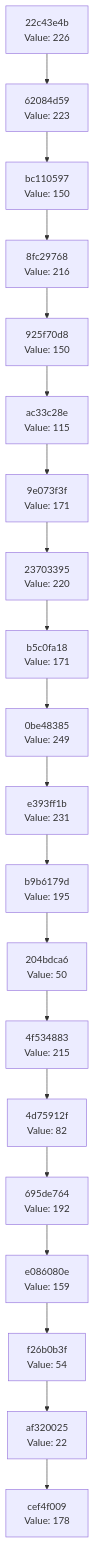
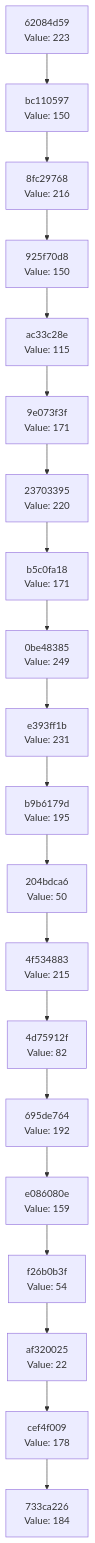
Before and after one commit to Abhisheksinha1506/hash-chain-evolver: the diagram in docs/CHAIN_VISUALIZATION.md, drawn with Mermaid. The commit also changed 2 other files, not shown here.

Commit message:
Evolution Step

````diff
--- a/docs/CHAIN_VISUALIZATION.md
+++ b/docs/CHAIN_VISUALIZATION.md
@@ -3,42 +3,42 @@
 ```mermaid
 graph TD
-    C0["cef4f009<br/>Value: 178"]
-    C1["af320025<br/>Value: 22"]
+    C0["733ca226<br/>Value: 184"]
+    C1["cef4f009<br/>Value: 178"]
     C1 --> C0
-    C2["f26b0b3f<br/>Value: 54"]
+    C2["af320025<br/>Value: 22"]
     C2 --> C1
-    C3["e086080e<br/>Value: 159"]
+    C3["f26b0b3f<br/>Value: 54"]
     C3 --> C2
-    C4["695de764<br/>Value: 192"]
+    C4["e086080e<br/>Value: 159"]
     C4 --> C3
-    C5["4d75912f<br/>Value: 82"]
+    C5["695de764<br/>Value: 192"]
     C5 --> C4
-    C6["4f534883<br/>Value: 215"]
+    C6["4d75912f<br/>Value: 82"]
     C6 --> C5
-    C7["204bdca6<br/>Value: 50"]
+    C7["4f534883<br/>Value: 215"]
     C7 --> C6
-    C8["b9b6179d<br/>Value: 195"]
+    C8["204bdca6<br/>Value: 50"]
     C8 --> C7
-    C9["e393ff1b<br/>Value: 231"]
+    C9["b9b6179d<br/>Value: 195"]
     C9 --> C8
-    C10["0be48385<br/>Value: 249"]
+    C10["e393ff1b<br/>Value: 231"]
     C10 --> C9
-    C11["b5c0fa18<br/>Value: 171"]
+    C11["0be48385<br/>Value: 249"]
     C11 --> C10
-    C12["23703395<br/>Value: 220"]
+    C12["b5c0fa18<br/>Value: 171"]
     C12 --> C11
-    C13["9e073f3f<br/>Value: 171"]
+    C13["23703395<br/>Value: 220"]
     C13 --> C12
-    C14["ac33c28e<br/>Value: 115"]
+    C14["9e073f3f<br/>Value: 171"]
     C14 --> C13
-    C15["925f70d8<br/>Value: 150"]
+    C15["ac33c28e<br/>Value: 115"]
     C15 --> C14
-    C16["8fc29768<br/>Value: 216"]
+    C16["925f70d8<br/>Value: 150"]
     C16 --> C15
-    C17["bc110597<br/>Value: 150"]
+    C17["8fc29768<br/>Value: 216"]
     C17 --> C16
-    C18["62084d59<br/>Value: 223"]
+    C18["bc110597<br/>Value: 150"]
     C18 --> C17
-    C19["22c43e4b<br/>Value: 226"]
+    C19["62084d59<br/>Value: 223"]
     C19 --> C18
 ```
````
